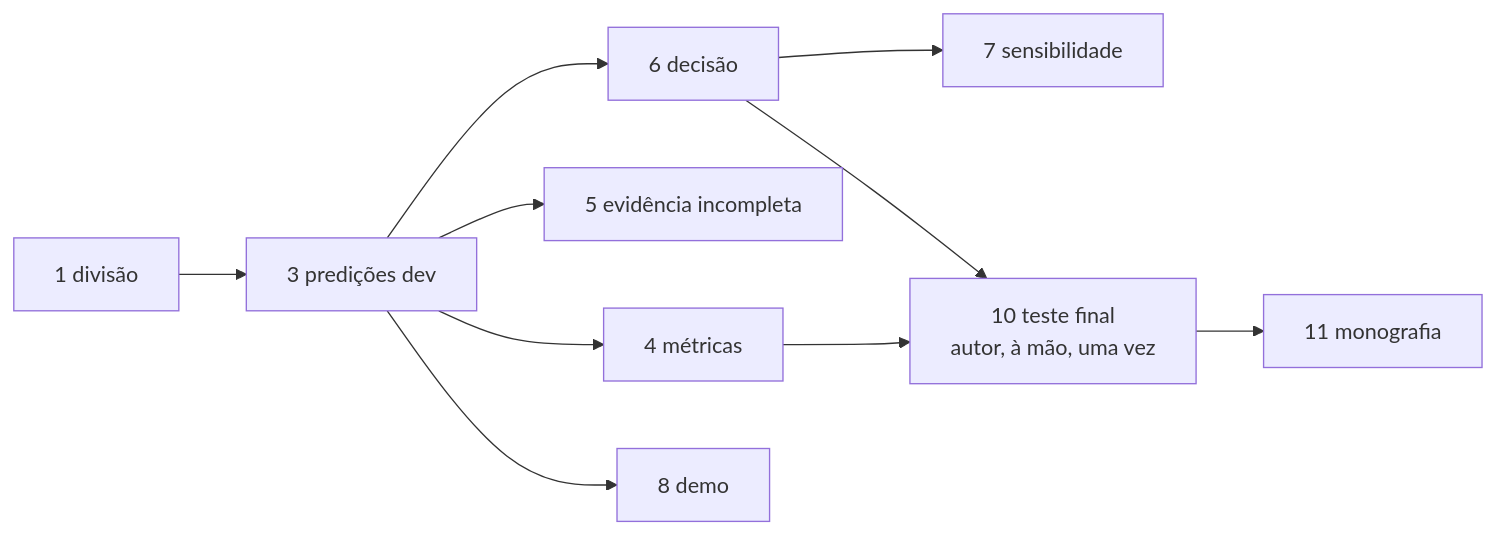
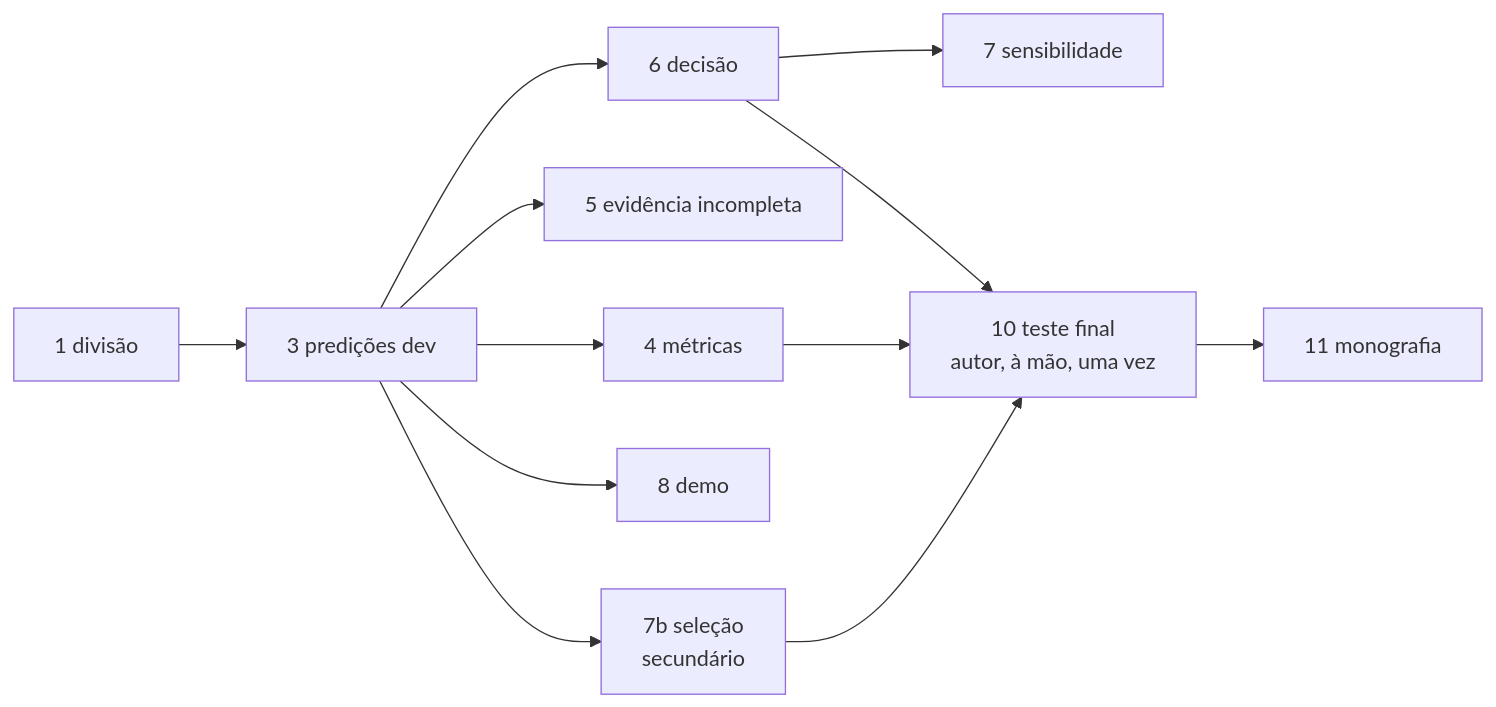
One commit to rodrigotriboni1/tcc-redes-bayesianas changed the sixth of 6 diagrams in docs/arquitetura.md. Above: the diagram before and after it, drawn with Mermaid. The commit also changed other lines of this file and 4 other files, not shown here.

````diff
--- a/docs/arquitetura.md
+++ b/docs/arquitetura.md
@@ -127,12 +134,14 @@
 ```mermaid
 flowchart LR
     P1[1 divisão] --> P3[3 predições dev]
     P3 --> P4[4 métricas]
     P3 --> P5[5 evidência incompleta]
     P3 --> P6[6 decisão]
     P6 --> P7[7 sensibilidade]
     P3 --> P8[8 demo]
+    P3 --> P9S[7b seleção<br/>secundário]
+    P9S --> P10
     P4 --> P10
     P6 --> P10[10 teste final<br/>autor, à mão, uma vez]
     P10 --> P11[11 monografia]
 ```
````
